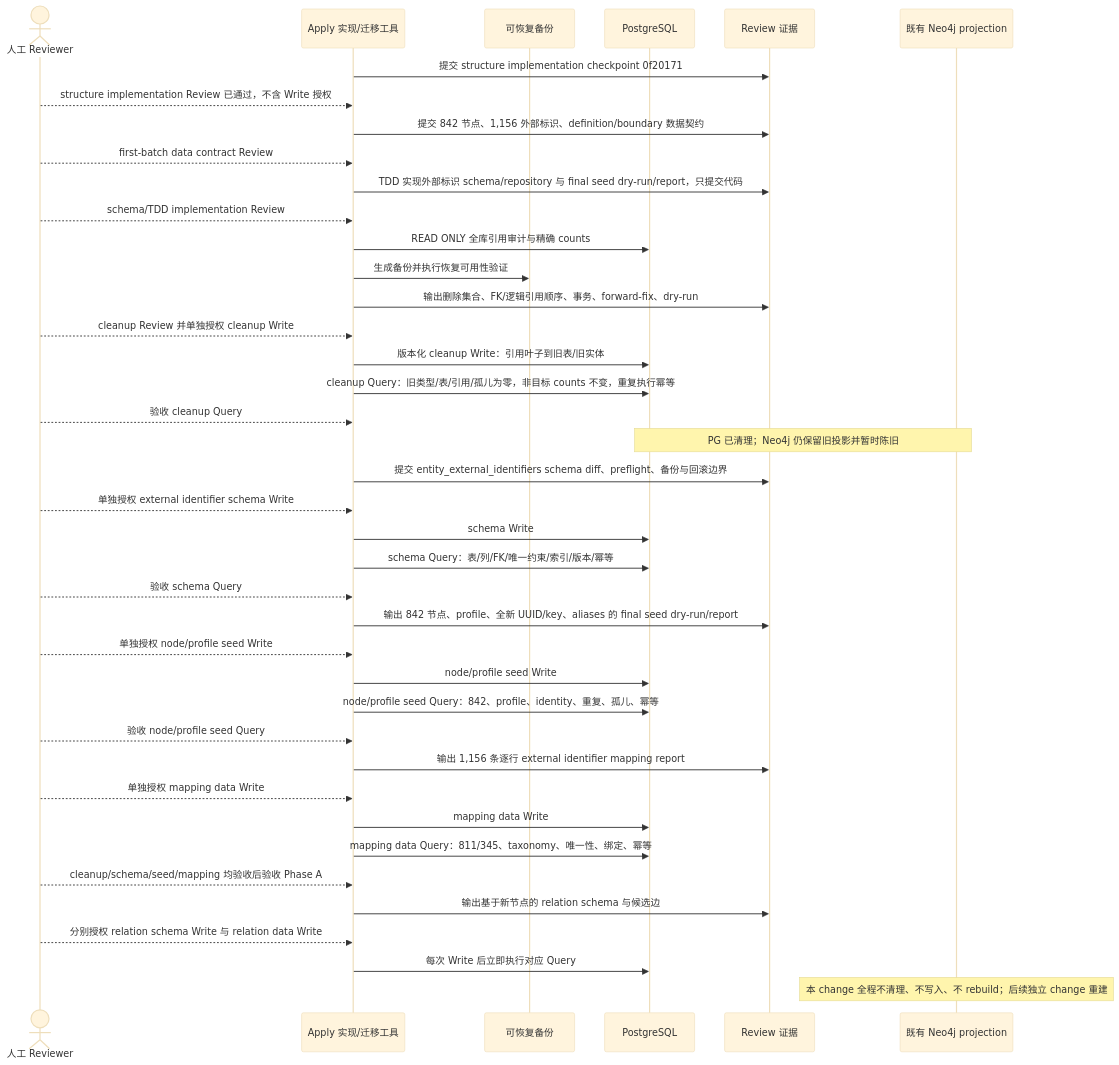
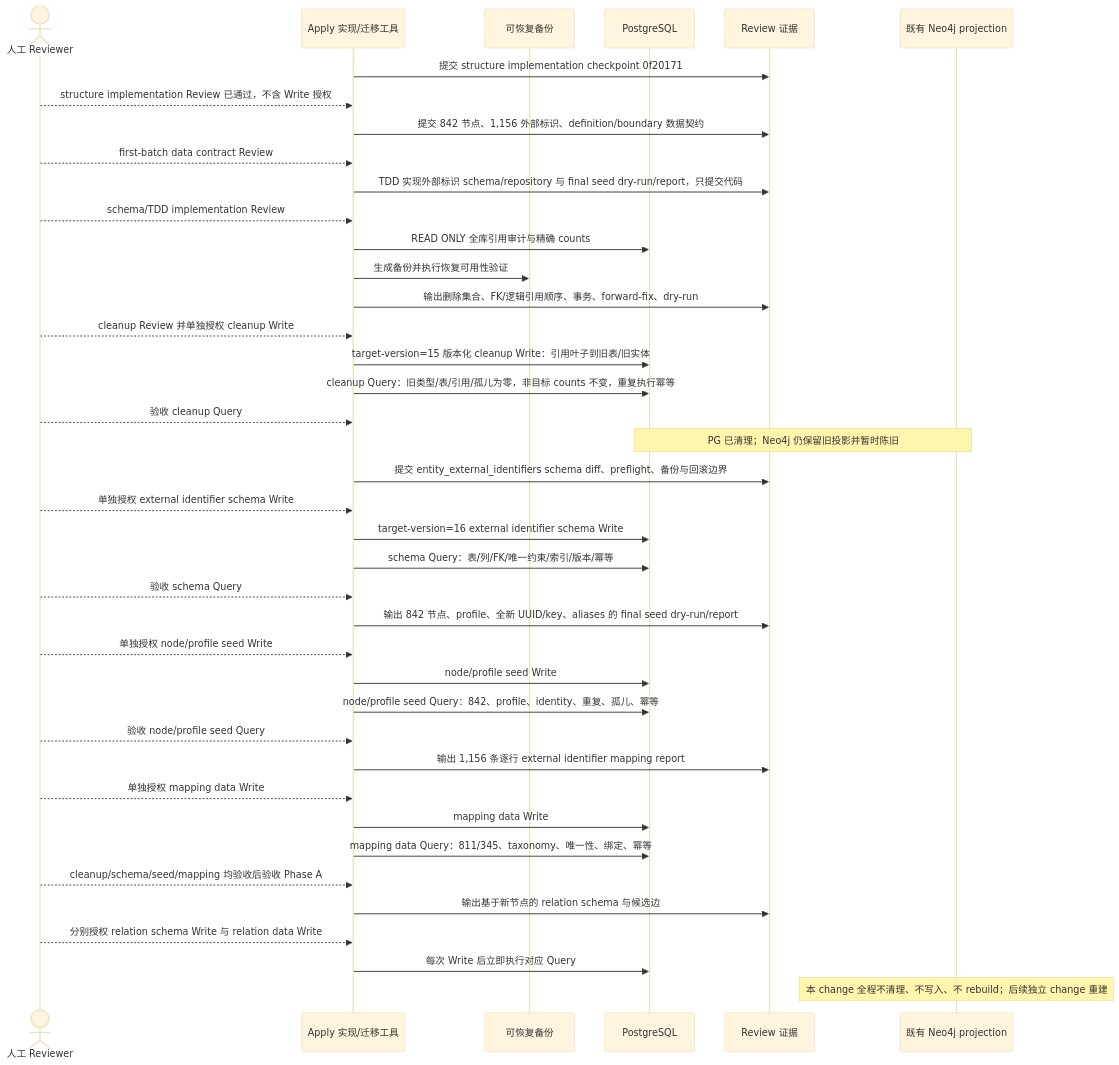
The second of 2 diagrams in openspec/changes/refactor-industry-chain-node-foundation/design.md (meierlink88/tidewise-ai), drawn with Mermaid (base theme) before and after one commit. The commit also changed other lines of this file and 17 other files, not shown here.

````diff
--- a/openspec/changes/refactor-industry-chain-node-foundation/design.md
+++ b/openspec/changes/refactor-industry-chain-node-foundation/design.md
@@ -199,43 +199,43 @@
 ```mermaid
 sequenceDiagram
     actor Reviewer as 人工 Reviewer
     participant Apply as Apply 实现/迁移工具
     participant Backup as 可恢复备份
     participant PG as PostgreSQL
     participant Evidence as Review 证据
     participant Neo4j as 既有 Neo4j projection
 
     Apply->>Evidence: 提交 structure implementation checkpoint 0f20171
     Reviewer-->>Apply: structure implementation Review 已通过，不含 Write 授权
     Apply->>Evidence: 提交 842 节点、1,156 外部标识、definition/boundary 数据契约
     Reviewer-->>Apply: first-batch data contract Review
     Apply->>Evidence: TDD 实现外部标识 schema/repository 与 final seed dry-run/report，只提交代码
     Reviewer-->>Apply: schema/TDD implementation Review
     Apply->>PG: READ ONLY 全库引用审计与精确 counts
     Apply->>Backup: 生成备份并执行恢复可用性验证
     Apply->>Evidence: 输出删除集合、FK/逻辑引用顺序、事务、forward-fix、dry-run
     Reviewer-->>Apply: cleanup Review 并单独授权 cleanup Write
-    Apply->>PG: 版本化 cleanup Write：引用叶子到旧表/旧实体
+    Apply->>PG: target-version=15 版本化 cleanup Write：引用叶子到旧表/旧实体
     Apply->>PG: cleanup Query：旧类型/表/引用/孤儿为零，非目标 counts 不变，重复执行幂等
     Reviewer-->>Apply: 验收 cleanup Query
     Note over PG,Neo4j: PG 已清理；Neo4j 仍保留旧投影并暂时陈旧
     Apply->>Evidence: 提交 entity_external_identifiers schema diff、preflight、备份与回滚边界
     Reviewer-->>Apply: 单独授权 external identifier schema Write
-    Apply->>PG: schema Write
+    Apply->>PG: target-version=16 external identifier schema Write
     Apply->>PG: schema Query：表/列/FK/唯一约束/索引/版本/幂等
     Reviewer-->>Apply: 验收 schema Query
     Apply->>Evidence: 输出 842 节点、profile、全新 UUID/key、aliases 的 final seed dry-run/report
     Reviewer-->>Apply: 单独授权 node/profile seed Write
     Apply->>PG: node/profile seed Write
     Apply->>PG: node/profile seed Query：842、profile、identity、重复、孤儿、幂等
     Reviewer-->>Apply: 验收 node/profile seed Query
     Apply->>Evidence: 输出 1,156 条逐行 external identifier mapping report
     Reviewer-->>Apply: 单独授权 mapping data Write
     Apply->>PG: mapping data Write
     Apply->>PG: mapping data Query：811/345、taxonomy、唯一性、绑定、幂等
     Reviewer-->>Apply: cleanup/schema/seed/mapping 均验收后验收 Phase A
     Apply->>Evidence: 输出基于新节点的 relation schema 与候选边
     Reviewer-->>Apply: 分别授权 relation schema Write 与 relation data Write
     Apply->>PG: 每次 Write 后立即执行对应 Query
     Note over Neo4j: 本 change 全程不清理、不写入、不 rebuild；后续独立 change 重建
 ```
````
